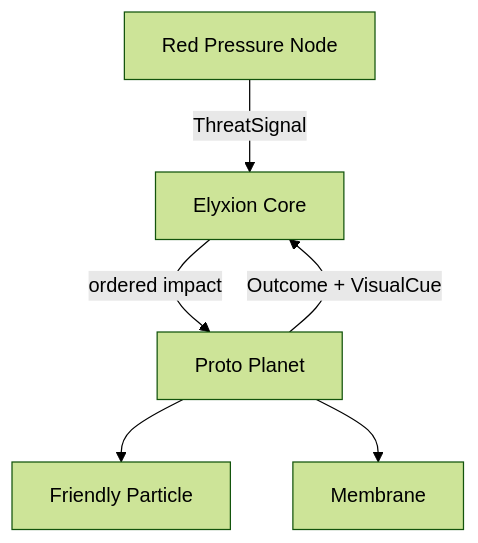
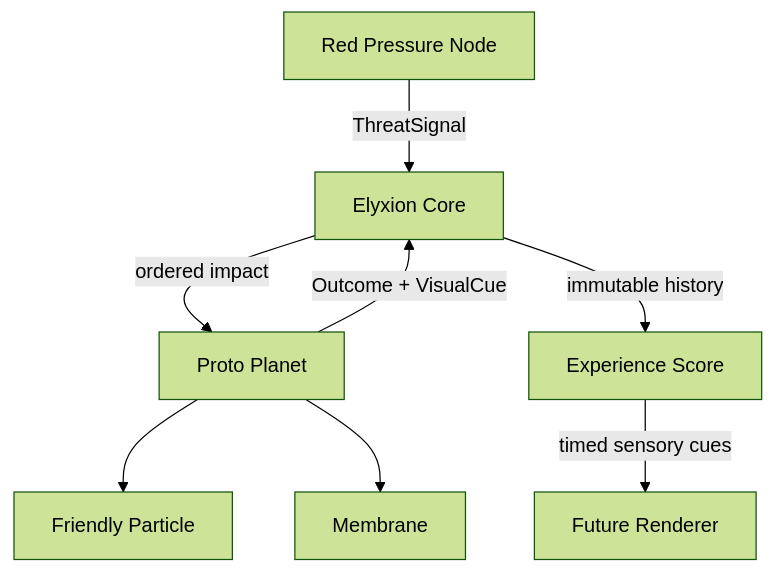
The diagram in docs/architecture.md (Parviz664/Elyxion), drawn with Mermaid (forest theme) before and after one commit. The commit also changed other lines of this file and 10 other files, not shown here.

Commit message:
Add first-contact experience score

````diff
--- a/docs/architecture.md
+++ b/docs/architecture.md
@@ -7,8 +7,10 @@
 ```mermaid
 flowchart TD
     T["Red Pressure Node"] -->|ThreatSignal| C["Elyxion Core"]
     C -->|ordered impact| P["Proto Planet"]
     P --> F["Friendly Particle"]
     P --> M["Membrane"]
     P -->|Outcome + VisualCue| C
+    C -->|immutable history| S["Experience Score"]
+    S -->|timed sensory cues| R["Future Renderer"]
 ```
````
